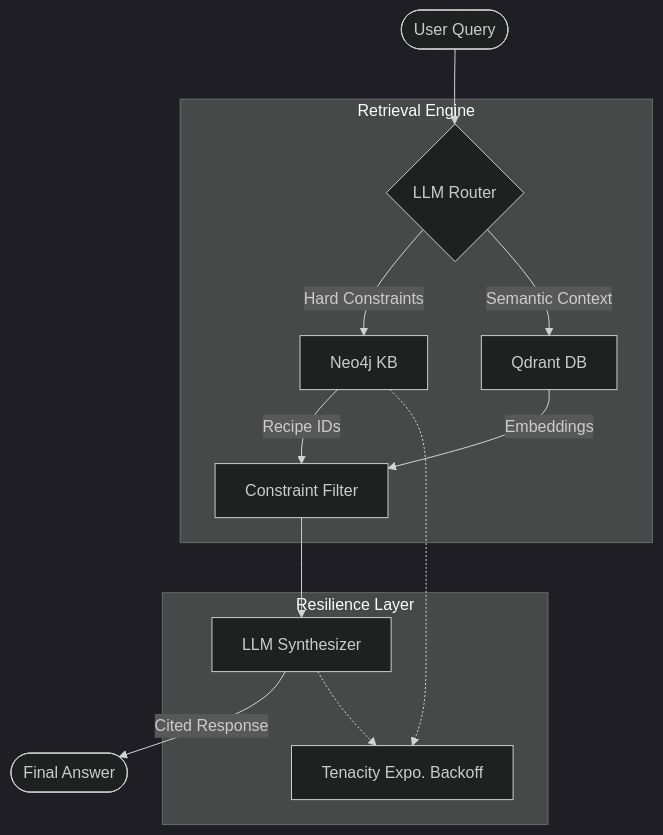
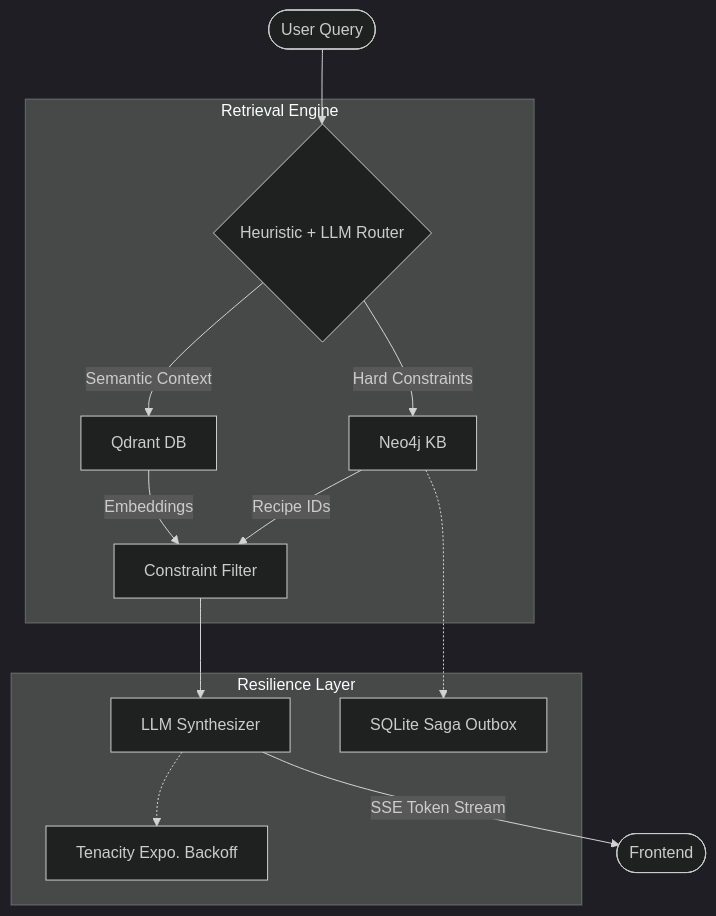
Before and after one commit to dvydinh/domain-specific-multimodal-RAG-system: the diagram in README.md, drawn with Mermaid (dark theme). The commit also changed other lines of this file and 2 other files, not shown here.

Commit message:
docs: update architecture diagram and honest trade-off documentation

````diff
--- a/README.md
+++ b/README.md
@@ -16,19 +14,19 @@
 ```mermaid
 graph TD
-    User([User Query]) --> Router{LLM Router}
+    User([User Query]) --> Router{Heuristic + LLM Router}
     
     subgraph "Retrieval Engine"
         Router -- "Hard Constraints" --> Graph[Neo4j KB]
         Router -- "Semantic Context" --> Vector[Qdrant DB]
         Graph -- "Recipe IDs" --> Filter[Constraint Filter]
         Vector -- "Embeddings" --> Filter
     end
     
     Filter --> Synthesizer[LLM Synthesizer]
-    Synthesizer -- "Cited Response" --> Output([Final Answer])
+    Synthesizer -- "SSE Token Stream" --> Output([Frontend])
     
     subgraph "Resilience Layer"
         Synthesizer -.-> Backoff[Tenacity Expo. Backoff]
-        Graph -.-> Backoff
+        Graph -.-> Saga[SQLite Saga Outbox]
     end
 ```
````
